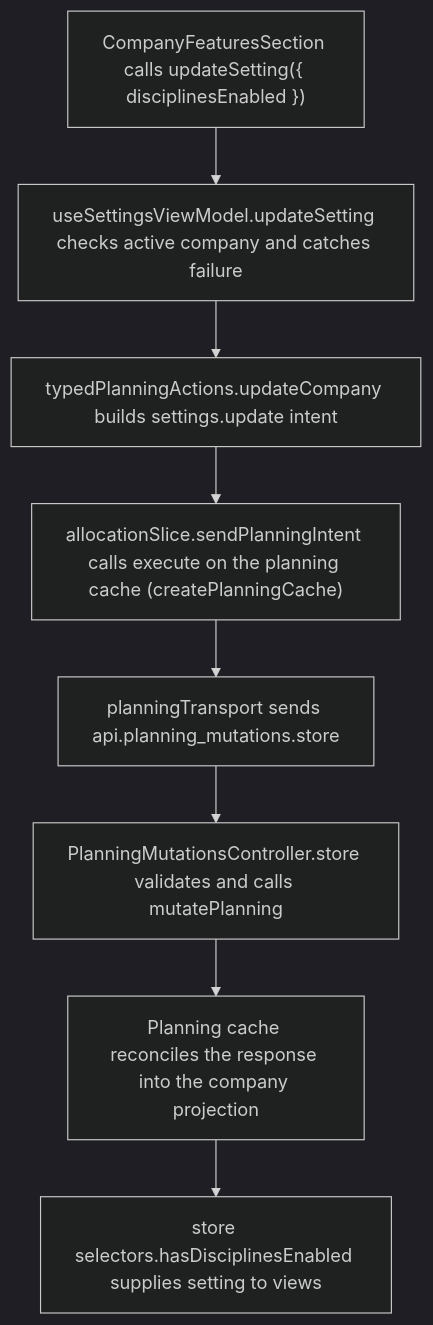
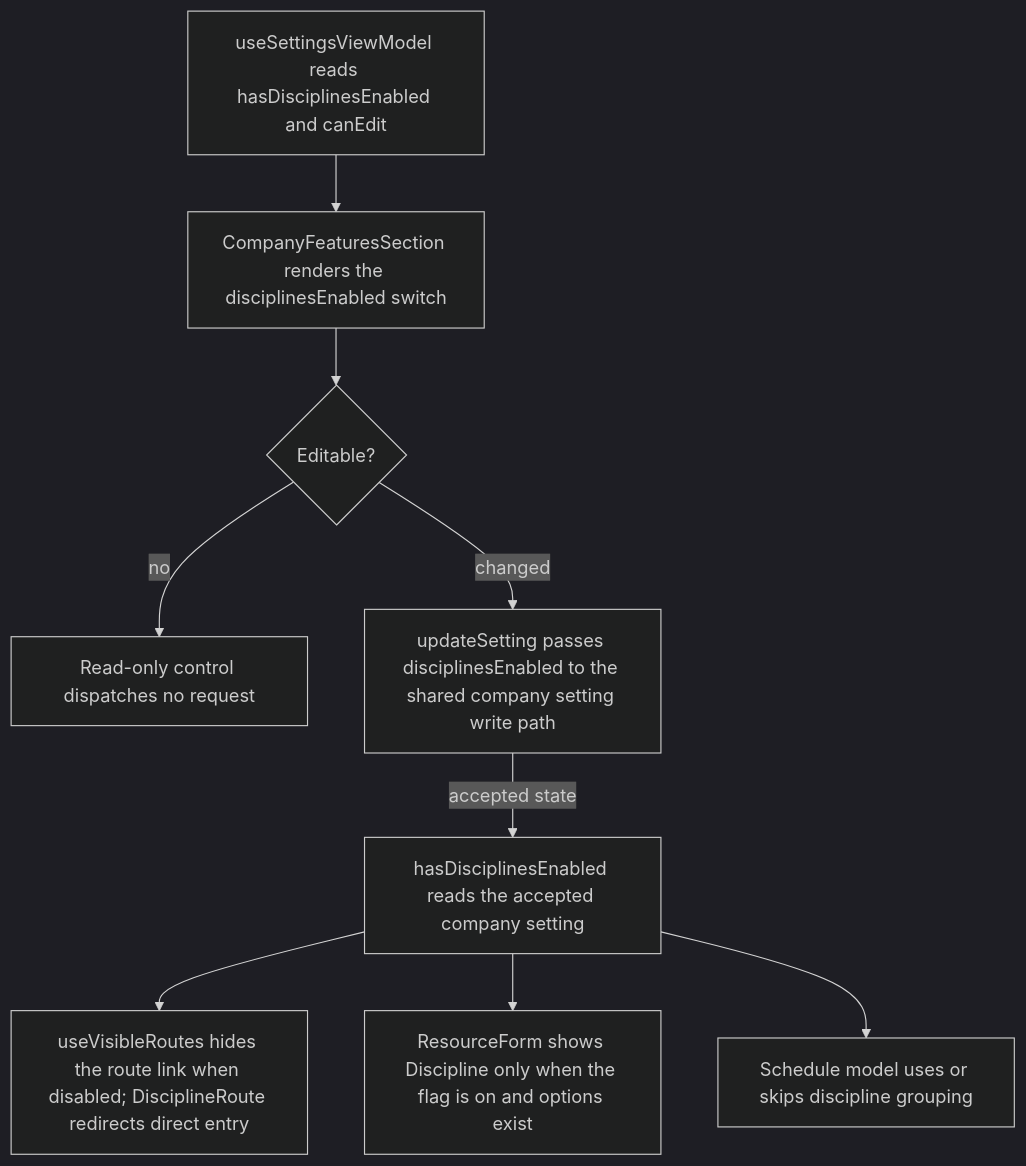
One commit to Kevinjohn/capacitylens changed the second of 2 diagrams in user-stories/settings/US-SET-22-use-disciplines.md. Above: the diagram before and after it, drawn with Mermaid (dark theme). The commit also changed other lines of this file and 172 other files, not shown here.

Commit message:
docs: reconcile user story code flows with source

````diff
--- a/user-stories/settings/US-SET-22-use-disciplines.md
+++ b/user-stories/settings/US-SET-22-use-disciplines.md
@@ -29,10 +31,11 @@
 ```mermaid
 flowchart TD
-  control["CompanyFeaturesSection calls updateSetting({ disciplinesEnabled })"] --> view["useSettingsViewModel.updateSetting checks active company and catches failure"]
-  view --> action["typedPlanningActions.updateCompany builds settings.update intent"]
-  action --> execute["allocationSlice.sendPlanningIntent calls execute on the planning cache (createPlanningCache)"]
-  execute --> transport["planningTransport sends api.planning_mutations.store"]
-  transport --> route["PlanningMutationsController.store validates and calls mutatePlanning"]
-  route --> reply["Planning cache reconciles the response into the company projection"]
-  reply --> read["store selectors.hasDisciplinesEnabled supplies setting to views"]
+  flags["useSettingsViewModel reads hasDisciplinesEnabled and canEdit"] --> switch["CompanyFeaturesSection renders the disciplinesEnabled switch"]
+  switch --> access{"Editable?"}
+  access -->|no| disabled["Read-only control dispatches no request"]
+  access -->|changed| command["updateSetting passes disciplinesEnabled to the shared company setting write path"]
+  command -->|accepted state| saved["hasDisciplinesEnabled reads the accepted company setting"]
+  saved --> route["useVisibleRoutes hides the route link when disabled; DisciplineRoute redirects direct entry"]
+  saved --> form["ResourceForm shows Discipline only when the flag is on and options exist"]
+  saved --> grid["Schedule model uses or skips discipline grouping"]
 ```
````
